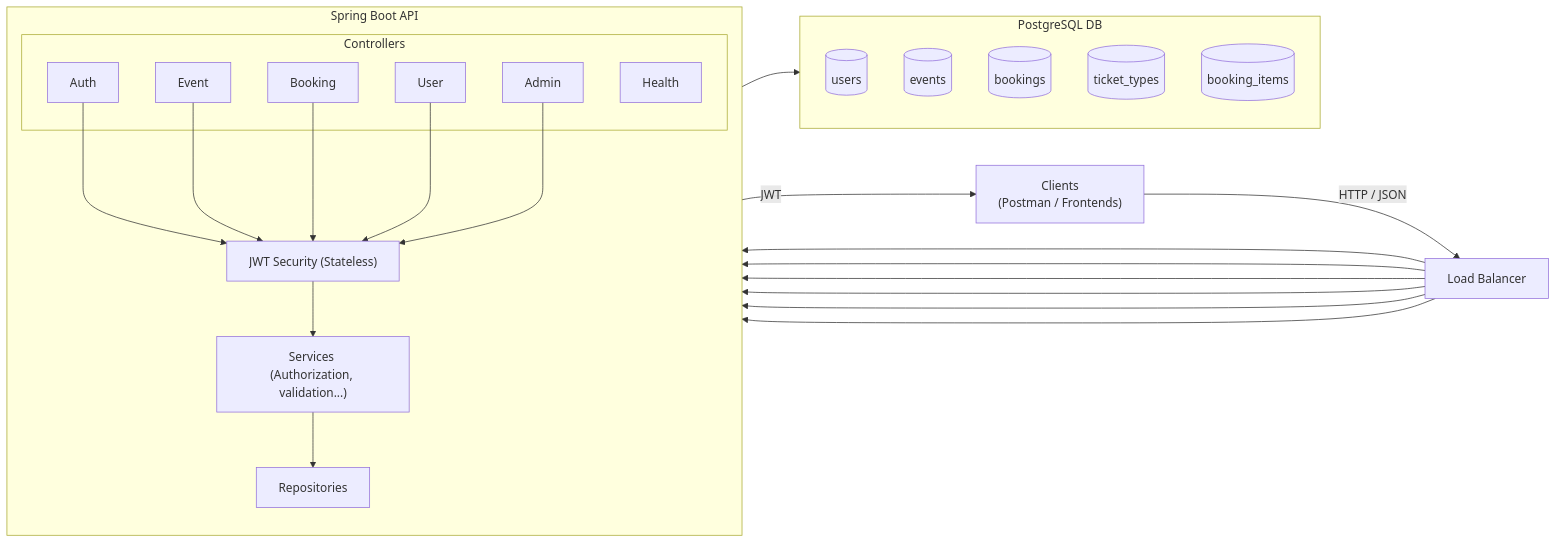
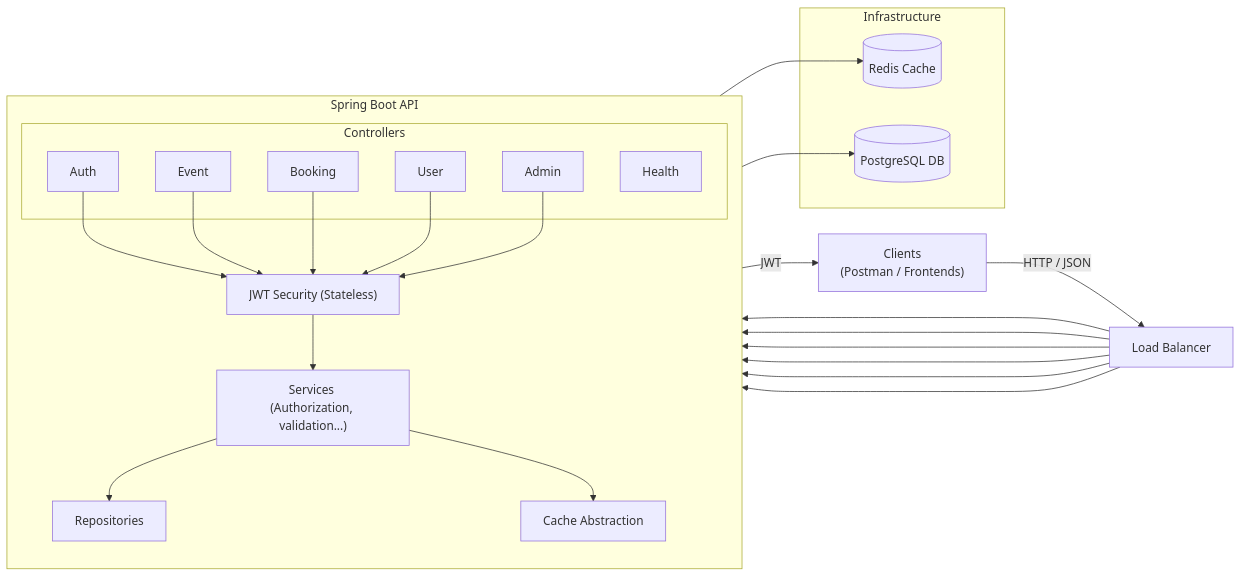
One commit to draff1800/booking-service changed the diagram in README.md. Above: the diagram before and after it, drawn with Mermaid. The commit also changed other lines of this file and 8 other files, not shown here.

````diff
--- a/README.md
+++ b/README.md
@@ -44,54 +45,53 @@
 ```mermaid
 flowchart LR
 
   Client["Clients<br/>(Postman / Frontends)"]
-
   LB["Load Balancer"]
 
   subgraph API["Spring Boot API"]
     direction TB
 
     Security["JWT Security (Stateless)"]
 
     subgraph Controllers["Controllers"]
       Auth["Auth"]
       Event["Event"]
       Booking["Booking"]
       User["User"]
       Admin["Admin"]
       Health["Health"]
     end
 
     Services["Services <br/>(Authorization, validation...)"]
     Repositories["Repositories"]
+    Cache["Cache Abstraction"]
   end
 
-  subgraph Database[PostgreSQL DB]
-    Users[(users)]
-    Events[(events)]
-    Bookings[(bookings)]
-    TicketTypes[(ticket_types)]
-    BookingItems[(booking_items)]
+  subgraph Infra["Infrastructure"]
+    Redis[("Redis Cache")]
+    Postgres[(PostgreSQL DB)]
   end
 
   Client -->|HTTP / JSON| LB
   LB --> Auth
   LB --> Event
   LB --> Booking
   LB --> User
   LB --> Admin
   LB --> Health
 
   Auth --> Security
   Event --> Security
   Booking --> Security
   User --> Security
-  Admin ---> Security
+  Admin --> Security
 
   Security --> Services
   Services --> Repositories
+  Services --> Cache
 
-  Repositories --> Database
+  Cache --> Redis
+  Repositories --> Postgres
 
   Auth -->|JWT| Client
 ```
````
